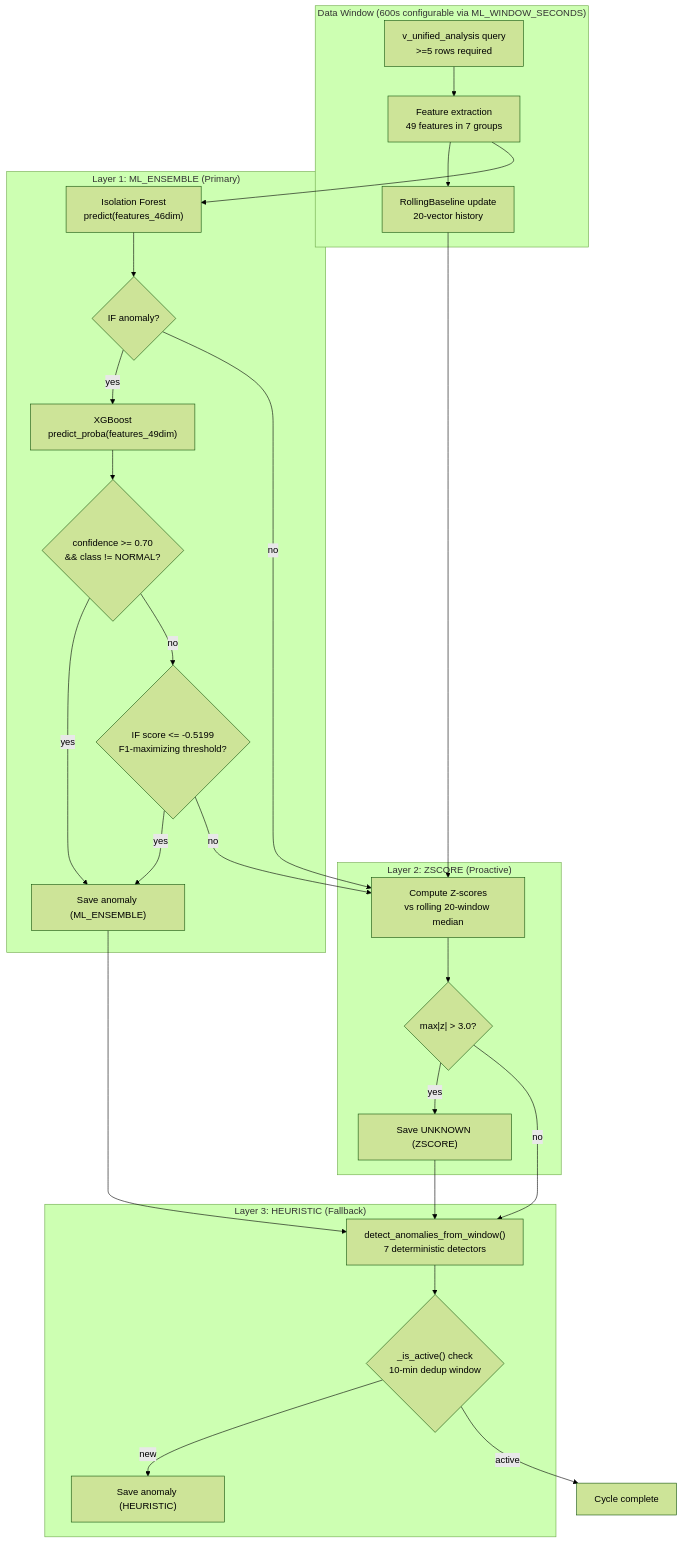
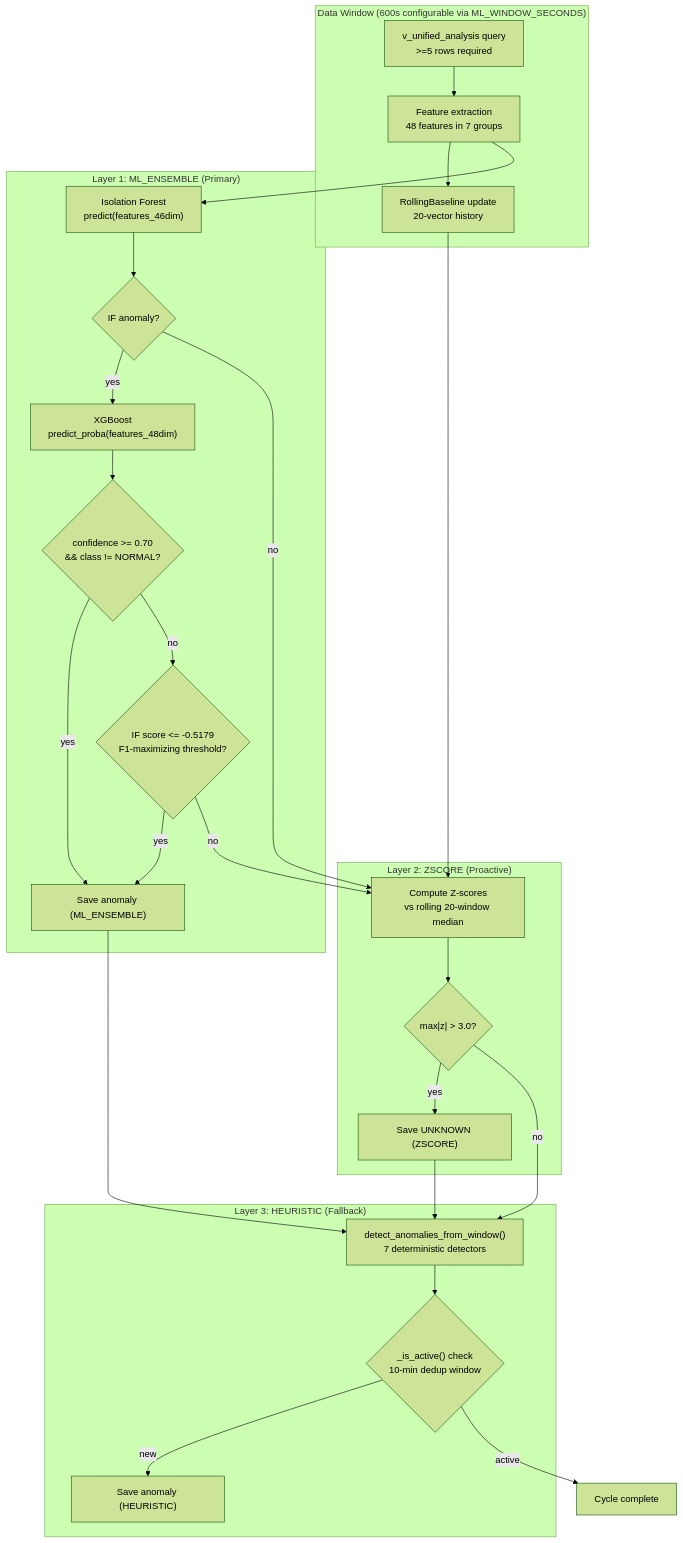
One commit to AhmedIkram05/laad changed the fourth of 10 diagrams in docs/README-full.md. Above: the diagram before and after it, drawn with Mermaid (forest theme). The commit also changed other lines of this file, not shown here.

First line of the commit message:
docs: update feature counts and accuracy metrics in README

````diff
--- a/docs/README-full.md
+++ b/docs/README-full.md
@@ -568,48 +568,48 @@
 ```mermaid
 flowchart TD
   subgraph Window ["Data Window (600s configurable via ML_WINDOW_SECONDS)"]
     Q["v_unified_analysis query<br/>>=5 rows required"]
-    FE["Feature extraction<br/>49 features in 7 groups"]
+    FE["Feature extraction<br/>48 features in 7 groups"]
     BU["RollingBaseline update<br/>20-vector history"]
   end
 
   subgraph Layer1 ["Layer 1: ML_ENSEMBLE (Primary)"]
     IF["Isolation Forest<br/>predict(features_46dim)"]
     IF_ANOM{"IF anomaly?"}
-    XGB["XGBoost<br/>predict_proba(features_49dim)"]
+    XGB["XGBoost<br/>predict_proba(features_48dim)"]
     HIGH{"confidence >= 0.70<br/>&& class != NORMAL?"}
-    UNKNOWN{"IF score <= -0.5199<br/>F1-maximizing threshold?"}
+    UNKNOWN{"IF score <= -0.5179<br/>F1-maximizing threshold?"}
     SAVE1["Save anomaly (ML_ENSEMBLE)"]
   end
 
   subgraph Layer2 ["Layer 2: ZSCORE (Proactive)"]
     ZR["Compute Z-scores<br/>vs rolling 20-window median"]
     MAXZ{"max|z| > 3.0?"}
     SAVE2["Save UNKNOWN (ZSCORE)"]
   end
 
   subgraph Layer3 ["Layer 3: HEURISTIC (Fallback)"]
     DET["detect_anomalies_from_window()<br/>7 deterministic detectors"]
     DEDUP{"_is_active() check<br/>10-min dedup window"}
     SAVE3["Save anomaly (HEURISTIC)"]
   end
 
   Q --> FE --> BU
   FE --> IF
   IF --> IF_ANOM
   IF_ANOM -->|"yes"| XGB
   IF_ANOM -->|"no"| ZR
   XGB --> HIGH
   HIGH -->|"yes"| SAVE1
   HIGH -->|"no"| UNKNOWN
   UNKNOWN -->|"yes"| SAVE1
   UNKNOWN -->|"no"| ZR
   BU --> ZR
   ZR --> MAXZ
   MAXZ -->|"yes"| SAVE2
   MAXZ -->|"no"| DET
   SAVE1 & SAVE2 --> DET
   DET --> DEDUP
   DEDUP -->|"new"| SAVE3
   DEDUP -->|"active"| END["Cycle complete"]
 ```
````
